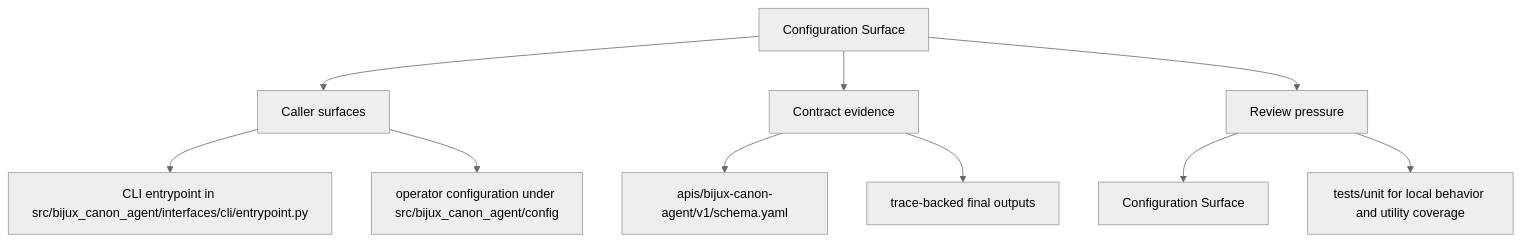
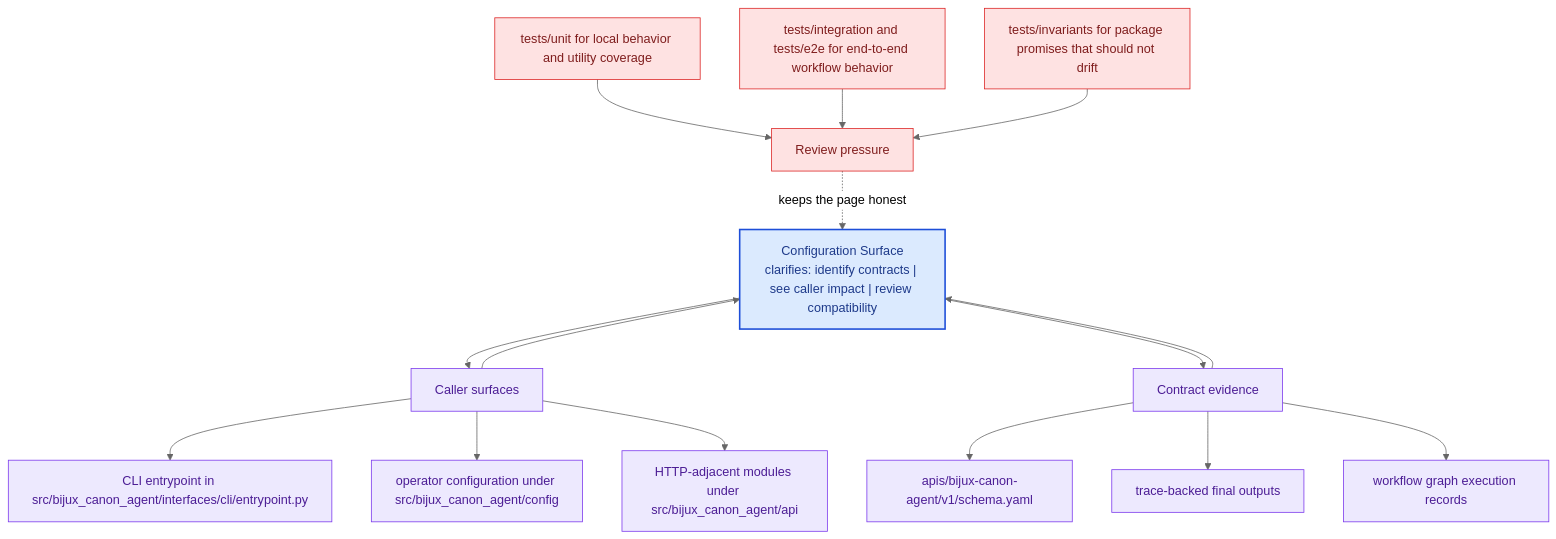
One commit to bijux/bijux-canon changed the second of 2 diagrams in docs/bijux-canon-agent/interfaces/configuration-surface.md. Above: the diagram before and after it, drawn with Mermaid (neutral theme). The commit also changed other lines of this file and 281 other files, not shown here.

Commit message:
docs(diagrams): deepen handbook mermaid maps across the catalog

````diff
--- a/docs/bijux-canon-agent/interfaces/configuration-surface.md
+++ b/docs/bijux-canon-agent/interfaces/configuration-surface.md
@@ -35,22 +68,41 @@
 ```mermaid
-flowchart TD
-    page["Configuration Surface"]
+flowchart TB
+    promise["Configuration Surface<br/>clarifies: identify contracts | see caller impact | review compatibility"]
+    classDef promise fill:#dbeafe,stroke:#1d4ed8,color:#1e3a8a,stroke-width:2px;
+    classDef driver fill:#dcfce7,stroke:#16a34a,color:#14532d;
+    classDef constraint fill:#fee2e2,stroke:#dc2626,color:#7f1d1d;
+    classDef ground fill:#ede9fe,stroke:#7c3aed,color:#4c1d95;
     focus1["Caller surfaces"]
-    page --> focus1
+    focus1 --> promise
+    promise --> focus1
     focus1_1["CLI entrypoint in src/bijux_canon_agent/interfaces/cli/entrypoint.py"]
     focus1 --> focus1_1
     focus1_2["operator configuration under src/bijux_canon_agent/config"]
     focus1 --> focus1_2
+    focus1_3["HTTP-adjacent modules under src/bijux_canon_agent/api"]
+    focus1 --> focus1_3
+    class focus1 ground;
+    class focus1_1,focus1_2,focus1_3 ground;
     focus2["Contract evidence"]
-    page --> focus2
+    focus2 --> promise
+    promise --> focus2
     focus2_1["apis/bijux-canon-agent/v1/schema.yaml"]
     focus2 --> focus2_1
     focus2_2["trace-backed final outputs"]
     focus2 --> focus2_2
+    focus2_3["workflow graph execution records"]
+    focus2 --> focus2_3
+    class focus2 ground;
+    class focus2_1,focus2_2,focus2_3 ground;
     focus3["Review pressure"]
-    page --> focus3
-    focus3_1["Configuration Surface"]
-    focus3 --> focus3_1
-    focus3_2["tests/unit for local behavior and utility coverage"]
-    focus3 --> focus3_2
+    focus3 -.keeps the page honest.-> promise
+    focus3_1["tests/unit for local behavior and utility coverage"]
+    focus3_1 --> focus3
+    focus3_2["tests/integration and tests/e2e for end-to-end workflow behavior"]
+    focus3_2 --> focus3
+    focus3_3["tests/invariants for package promises that should not drift"]
+    focus3_3 --> focus3
+    class focus3 constraint;
+    class focus3_1,focus3_2,focus3_3 constraint;
+    class promise promise;
 ```
````
